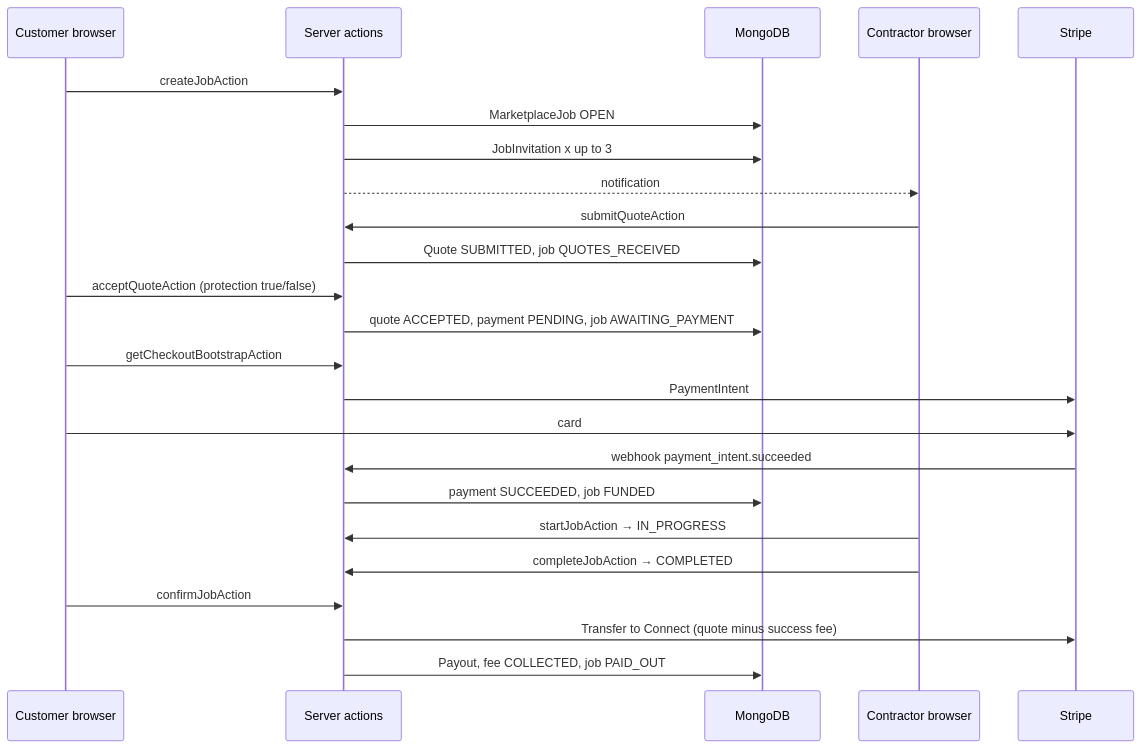
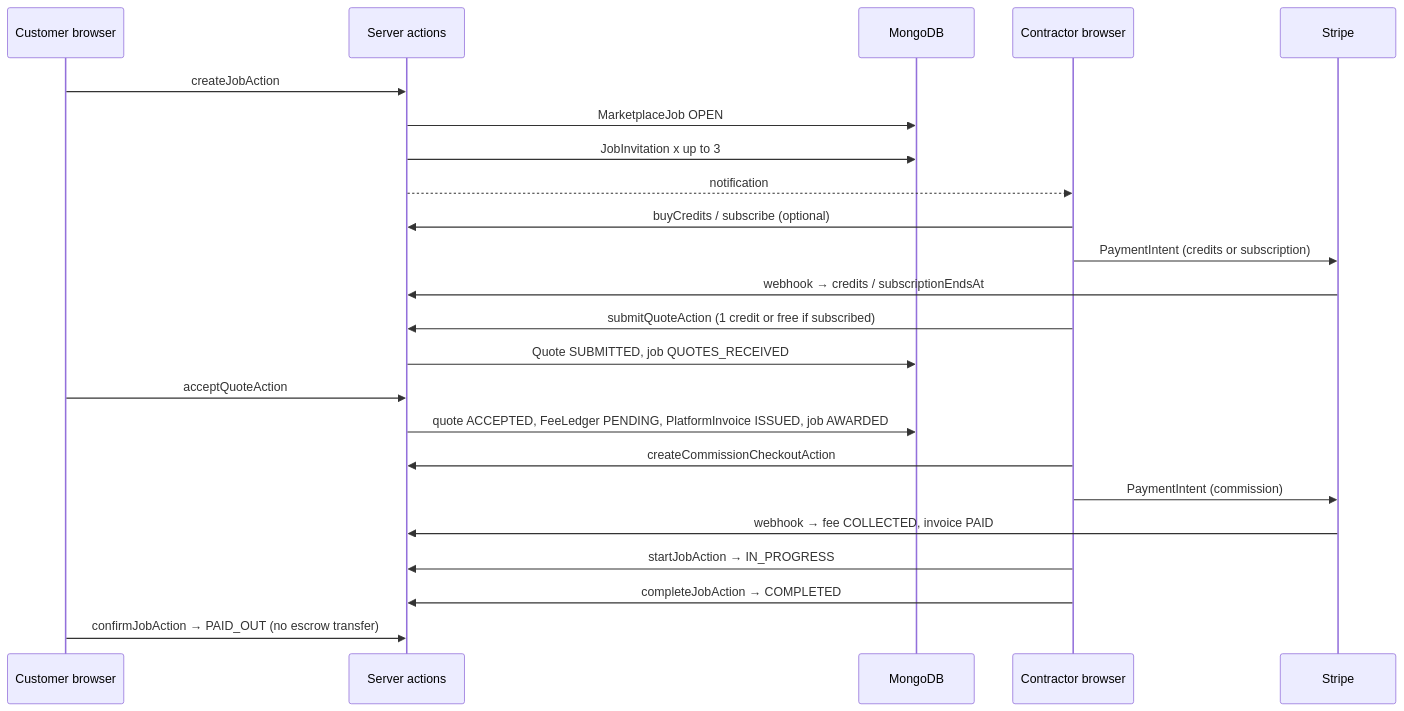
One commit to growwithaii071-crypto/construction changed the diagram in docs/FULL_SITE_FLOW.md. Above: the diagram before and after it, drawn with Mermaid. The commit also changed other lines of this file and 22 other files, not shown here.

First line of the commit message:
feat: credits, subscription, and trader commission marketplace flow

````diff
--- a/docs/FULL_SITE_FLOW.md
+++ b/docs/FULL_SITE_FLOW.md
@@ -156,30 +156,31 @@
 ```mermaid
 sequenceDiagram
   participant C as Customer browser
   participant S as Server actions
   participant DB as MongoDB
   participant T as Contractor browser
   participant ST as Stripe
 
   C->>S: createJobAction
   S->>DB: MarketplaceJob OPEN
   S->>DB: JobInvitation x up to 3
   S-->>T: notification
 
-  T->>S: submitQuoteAction
+  T->>S: buyCredits / subscribe (optional)
+  T->>ST: PaymentIntent (credits or subscription)
+  ST->>S: webhook → credits / subscriptionEndsAt
+
+  T->>S: submitQuoteAction (1 credit or free if subscribed)
   S->>DB: Quote SUBMITTED, job QUOTES_RECEIVED
 
-  C->>S: acceptQuoteAction (protection true/false)
-  S->>DB: quote ACCEPTED, payment PENDING, job AWAITING_PAYMENT
-  C->>S: getCheckoutBootstrapAction
-  S->>ST: PaymentIntent
-  C->>ST: card
-  ST->>S: webhook payment_intent.succeeded
-  S->>DB: payment SUCCEEDED, job FUNDED
+  C->>S: acceptQuoteAction
+  S->>DB: quote ACCEPTED, FeeLedger PENDING, PlatformInvoice ISSUED, job AWARDED
+
+  T->>S: createCommissionCheckoutAction
+  T->>ST: PaymentIntent (commission)
+  ST->>S: webhook → fee COLLECTED, invoice PAID
 
   T->>S: startJobAction → IN_PROGRESS
   T->>S: completeJobAction → COMPLETED
-  C->>S: confirmJobAction
-  S->>ST: Transfer to Connect (quote minus success fee)
-  S->>DB: Payout, fee COLLECTED, job PAID_OUT
+  C->>S: confirmJobAction → PAID_OUT (no escrow transfer)
 ```
````
